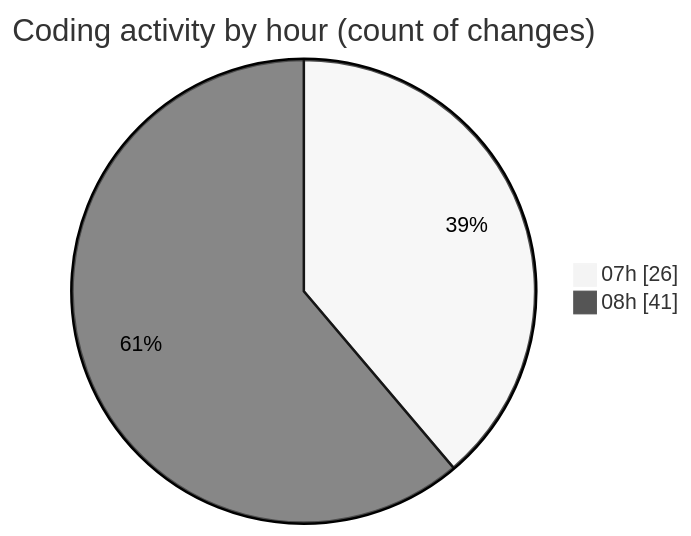
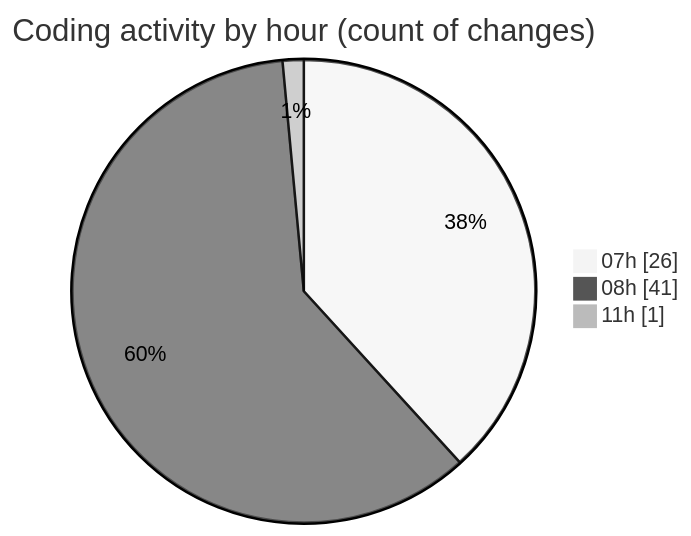
The second of 2 diagrams in 2025-10-04/shop/README.md (vahidmafi/code-tracking), drawn with Mermaid (neutral theme) before and after one commit. The commit also changed other lines of this file and 1 other file, not shown here.

````diff
--- a/2025-10-04/shop/README.md
+++ b/2025-10-04/shop/README.md
@@ -49,6 +50,7 @@
 ```mermaid
 pie showData
 title Coding activity by hour (count of changes)
 "07h" : 26
 "08h" : 41
+"11h" : 1
 ```
````
